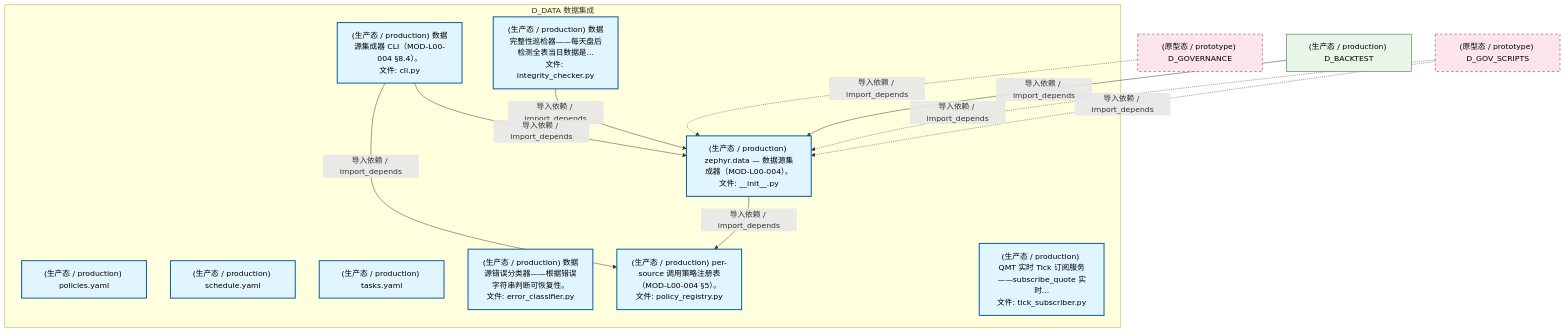
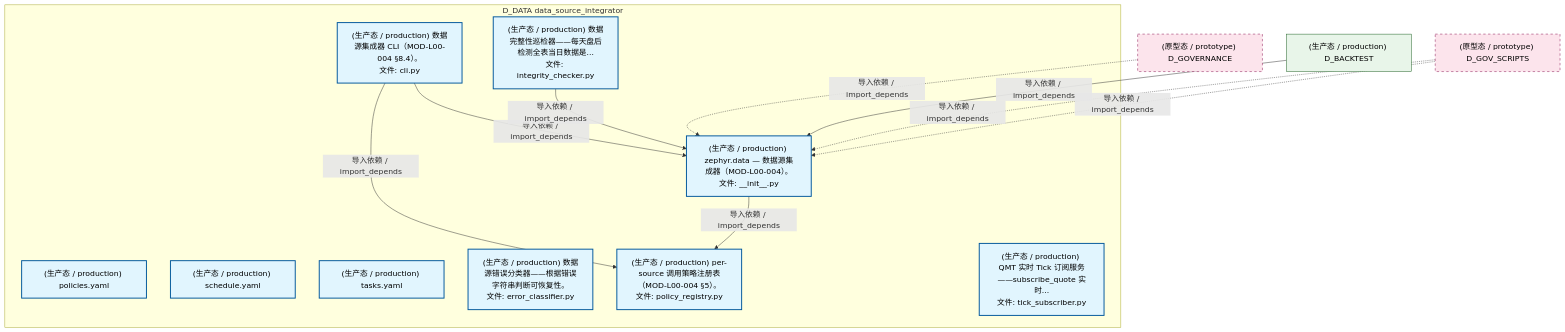
One commit to xuanFelixVan/ZephyrAlpha changed the third of 5 diagrams in docs/02_enterprise_architecture/02_domain_architecture_docs/61_d_data.md. Above: the diagram before and after it, drawn with Mermaid. The commit also changed other lines of this file and 115 other files, not shown here.

````diff
--- a/docs/02_enterprise_architecture/02_domain_architecture_docs/61_d_data.md
+++ b/docs/02_enterprise_architecture/02_domain_architecture_docs/61_d_data.md
@@ -265,32 +260,32 @@
 ```mermaid
 graph TD
-    subgraph D_DATA["D_DATA 数据集成"]
+    subgraph D_DATA["D_DATA data_source_integrator"]
         src_zephyr_data_init_py["(生产态 / production) zephyr.data — 数据源集成器（MOD-L00-004）。<br/>文件: __init__.py"]
         src_zephyr_data_cli_py["(生产态 / production) 数据源集成器 CLI（MOD-L00-004 §8.4）。<br/>文件: cli.py"]
         src_zephyr_data_config_policies_yaml["(生产态 / production) policies.yaml"]
         src_zephyr_data_config_schedule_yaml["(生产态 / production) schedule.yaml"]
         src_zephyr_data_config_tasks_yaml["(生产态 / production) tasks.yaml"]
         src_zephyr_data_error_classifier_py["(生产态 / production) 数据源错误分类器——根据错误字符串判断可恢复性。<br/>文件: error_classifier.py"]
         src_zephyr_data_integrity_checker_py["(生产态 / production) 数据完整性巡检器——每天盘后检测全表当日数据是...<br/>文件: integrity_checker.py"]
         src_zephyr_data_policy_registry_py["(生产态 / production) per-source 调用策略注册表（MOD-L00-004 §5）。<br/>文件: policy_registry.py"]
         src_zephyr_data_tick_subscriber_py["(生产态 / production) QMT 实时 Tick 订阅服务——subscribe_quote 实时...<br/>文件: tick_subscriber.py"]
     end
-    src_zephyr_data_integrity_checker_py -->|导入依赖 / import_depends| src_zephyr_data_init_py
     src_zephyr_data_cli_py -->|导入依赖 / import_depends| src_zephyr_data_policy_registry_py
     src_zephyr_data_cli_py -->|导入依赖 / import_depends| src_zephyr_data_init_py
+    src_zephyr_data_integrity_checker_py -->|导入依赖 / import_depends| src_zephyr_data_init_py
     src_zephyr_data_init_py -->|导入依赖 / import_depends| src_zephyr_data_policy_registry_py
     D_GOVERNANCE["(原型态 / prototype) D_GOVERNANCE"]
     D_GOVERNANCE -.->|导入依赖 / import_depends| src_zephyr_data_init_py
     D_BACKTEST["(生产态 / production) D_BACKTEST"]
     D_BACKTEST -->|导入依赖 / import_depends| src_zephyr_data_init_py
     D_GOV_SCRIPTS["(原型态 / prototype) D_GOV_SCRIPTS"]
     D_GOV_SCRIPTS -.->|导入依赖 / import_depends| src_zephyr_data_init_py
     D_GOV_SCRIPTS -.->|导入依赖 / import_depends| src_zephyr_data_init_py
     classDef production fill:#e1f5fe,stroke:#01579b,stroke-width:2px,color:#000
     classDef design fill:#fff3e0,stroke:#e65100,stroke-width:2px,color:#000,stroke-dasharray: 5 5
     classDef external_prod fill:#e8f5e9,stroke:#1b5e20,stroke-width:1px,color:#000
     classDef external_design fill:#fce4ec,stroke:#880e4f,stroke-width:1px,color:#000,stroke-dasharray: 5 5
     class src_zephyr_data_init_py,src_zephyr_data_cli_py,src_zephyr_data_config_policies_yaml,src_zephyr_data_config_schedule_yaml,src_zephyr_data_config_tasks_yaml,src_zephyr_data_error_classifier_py,src_zephyr_data_integrity_checker_py,src_zephyr_data_policy_registry_py,src_zephyr_data_tick_subscriber_py production
     class D_BACKTEST external_prod
     class D_GOVERNANCE,D_GOV_SCRIPTS external_design
 ```
````
